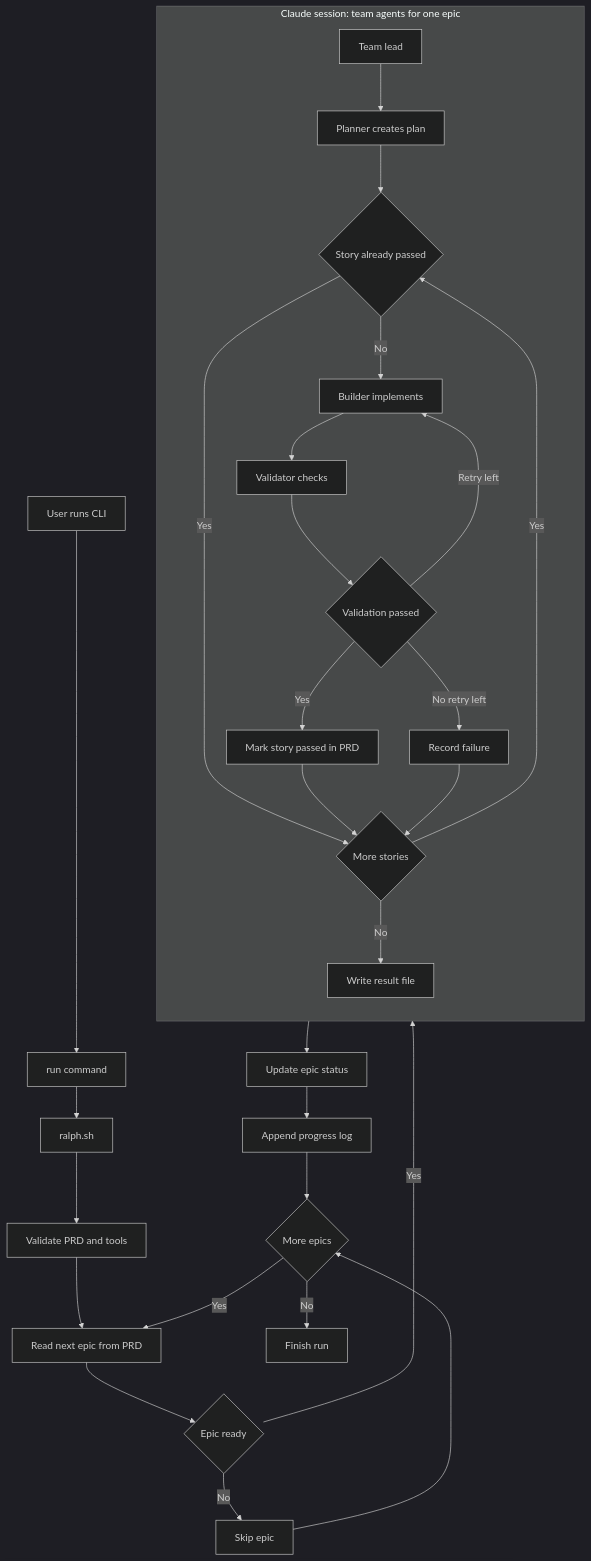
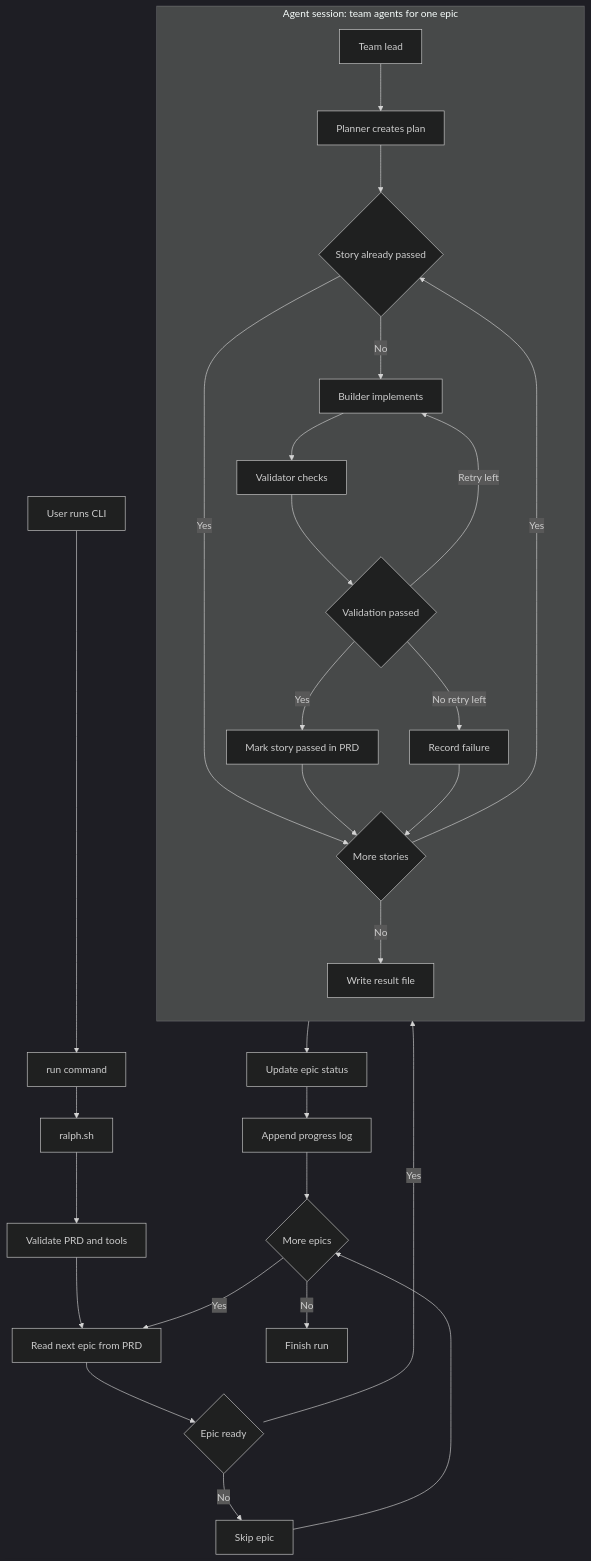
One commit to tuansondinh/ralph-teams changed the diagram in README.md. Above: the diagram before and after it, drawn with Mermaid (dark theme). The commit also changed other lines of this file, not shown here.

````diff
--- a/README.md
+++ b/README.md
@@ -20,45 +25,45 @@
 ```mermaid
 flowchart TB
     U[User runs CLI] --> C[run command]
     C --> S[ralph.sh]
     S --> V[Validate PRD and tools]
     V --> E[Read next epic from PRD]
     E --> B{Epic ready}
     B -->|No| K[Skip epic]
     B -->|Yes| TL
 
-    subgraph CS[Claude session: team agents for one epic]
+    subgraph CS[Agent session: team agents for one epic]
         direction TB
         TL[Team lead]
         P[Planner creates plan]
         Q{Story already passed}
         BU[Builder implements]
         VA[Validator checks]
         R{Validation passed}
         W[Mark story passed in PRD]
         F[Record failure]
         M{More stories}
         RF[Write result file]
 
         TL --> P
         P --> Q
         Q -->|Yes| M
         Q -->|No| BU
         BU --> VA
         VA --> R
         R -->|Yes| W
         R -->|Retry left| BU
         R -->|No retry left| F
         W --> M
         F --> M
         M -->|Yes| Q
         M -->|No| RF
     end
 
     K --> ME{More epics}
     RF --> P2[Update epic status]
     P2 --> L[Append progress log]
     L --> ME
     ME -->|Yes| E
     ME -->|No| D[Finish run]
 ```
````
